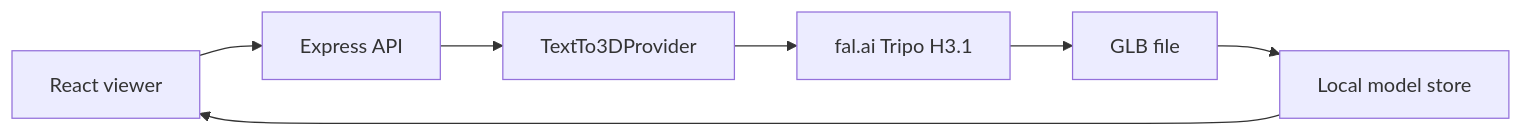
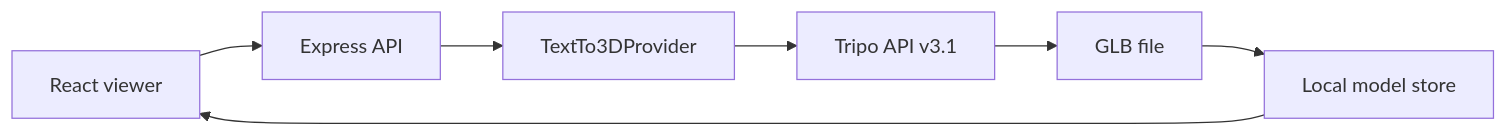
The diagram in README.md (Patidardeepak1/text-to-3d), drawn with Mermaid before and after one commit. The commit also changed other lines of this file and 13 other files, not shown here.

Commit message:
Generate models through the Tripo API instead of fal.ai.

````diff
--- a/README.md
+++ b/README.md
@@ -33,9 +33,9 @@
 ```mermaid
 flowchart LR
   Browser[React viewer] --> API[Express API]
   API --> Provider[TextTo3DProvider]
-  Provider --> Fal[fal.ai Tripo H3.1]
-  Fal --> GLB[GLB file]
+  Provider --> Tripo[Tripo API v3.1]
+  Tripo --> GLB[GLB file]
   GLB --> Store[Local model store]
   Store --> Browser
 ```
````
